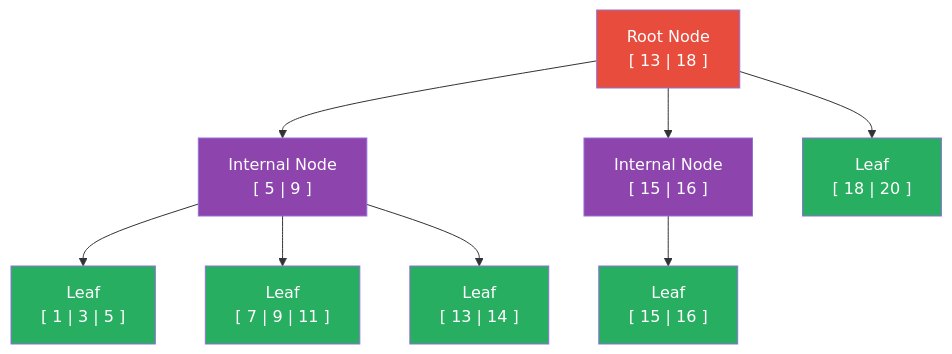
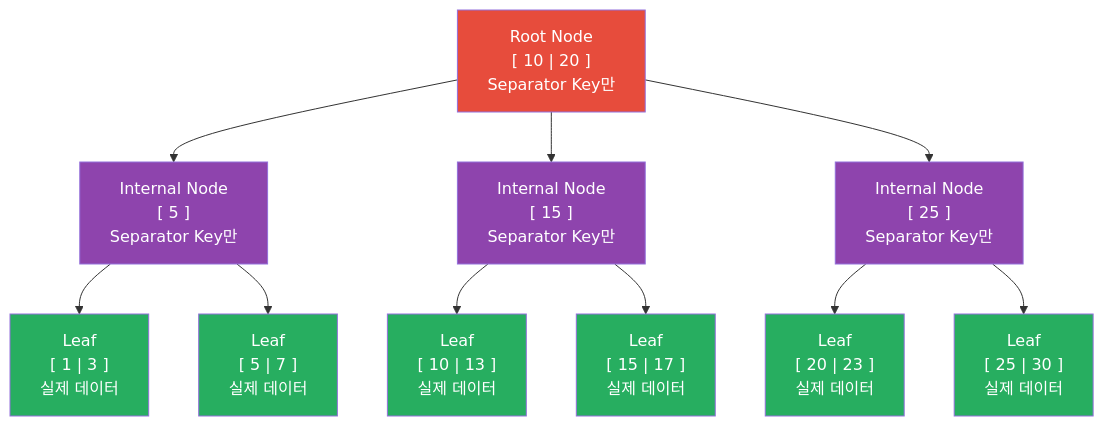
The second of 3 diagrams in db-internals/db-btree-internals.md (wlghsp/dev-notes), drawn with Mermaid before and after one commit. The commit also changed other lines of this file and 2 other files, not shown here.

````diff
--- a/db-internals/db-btree-internals.md
+++ b/db-internals/db-btree-internals.md
@@ -40,28 +60,29 @@
 ```mermaid
 graph TD
-    ROOT["Root Node<br/>[ 13 | 18 ]"]
-    INT1["Internal Node<br/>[ 5 | 9 ]"]
-    INT2["Internal Node<br/>[ 15 | 16 ]"]
-    L1["Leaf<br/>[ 1 | 3 | 5 ]"]
-    L2["Leaf<br/>[ 7 | 9 | 11 ]"]
-    L3["Leaf<br/>[ 13 | 14 ]"]
-    L4["Leaf<br/>[ 15 | 16 ]"]
-    L5["Leaf<br/>[ 18 | 20 ]"]
+    ROOT["Root Node<br/>[ 10 | 20 ]<br/>Separator Key만"]
+    INT1["Internal Node<br/>[ 5 ]<br/>Separator Key만"]
+    INT2["Internal Node<br/>[ 15 ]<br/>Separator Key만"]
+    INT3["Internal Node<br/>[ 25 ]<br/>Separator Key만"]
+    L1["Leaf<br/>[ 1 | 3 ]<br/>실제 데이터"]
+    L2["Leaf<br/>[ 5 | 7 ]<br/>실제 데이터"]
+    L3["Leaf<br/>[ 10 | 13 ]<br/>실제 데이터"]
+    L4["Leaf<br/>[ 15 | 17 ]<br/>실제 데이터"]
+    L5["Leaf<br/>[ 20 | 23 ]<br/>실제 데이터"]
+    L6["Leaf<br/>[ 25 | 30 ]<br/>실제 데이터"]
 
-    ROOT --> INT1
-    ROOT --> INT2
-    ROOT --> L5
-    INT1 --> L1
-    INT1 --> L2
-    INT1 --> L3
-    INT2 --> L4
+    ROOT --> INT1 & INT2 & INT3
+    INT1 --> L1 & L2
+    INT2 --> L3 & L4
+    INT3 --> L5 & L6
 
     style ROOT fill:#e74c3c,color:#fff
     style INT1 fill:#8e44ad,color:#fff
     style INT2 fill:#8e44ad,color:#fff
+    style INT3 fill:#8e44ad,color:#fff
     style L1 fill:#27ae60,color:#fff
     style L2 fill:#27ae60,color:#fff
     style L3 fill:#27ae60,color:#fff
     style L4 fill:#27ae60,color:#fff
     style L5 fill:#27ae60,color:#fff
+    style L6 fill:#27ae60,color:#fff
 ```
````
